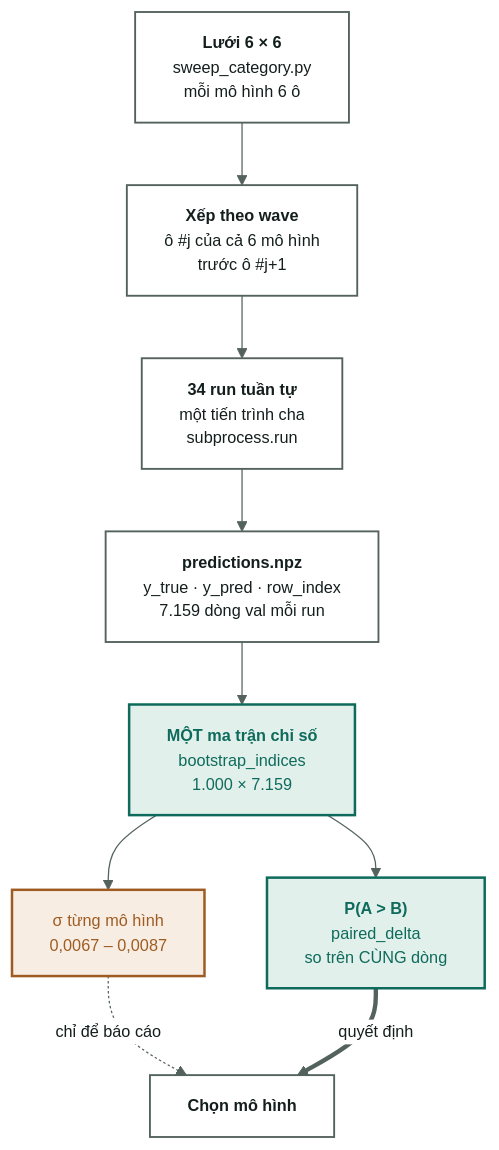
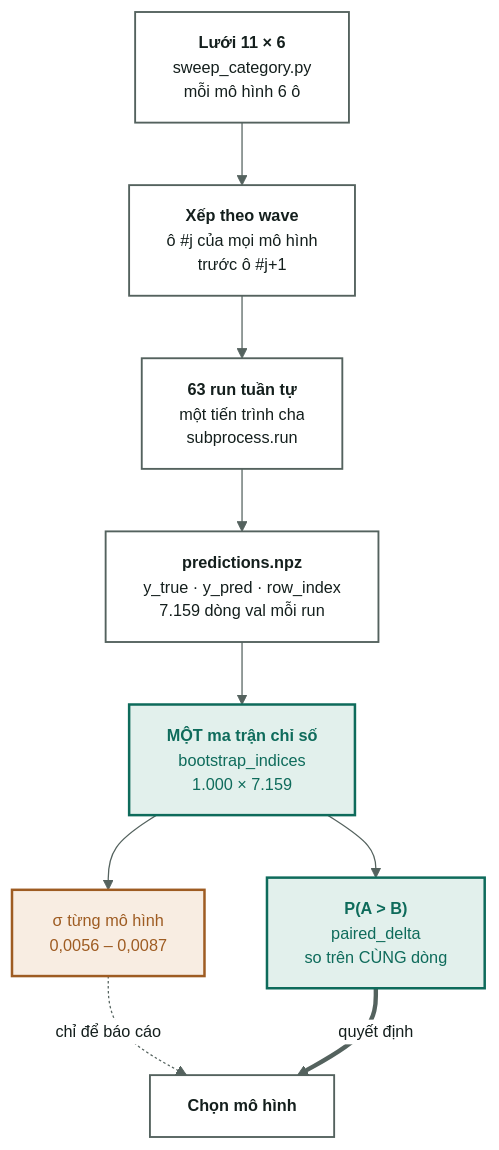
The diagram in docs/10-so-sanh-mo-hinh.md (boy2407/vietjobs), drawn with Mermaid before and after one commit. The commit also changed other lines of this file and 5 other files, not shown here.

````diff
--- a/docs/10-so-sanh-mo-hinh.md
+++ b/docs/10-so-sanh-mo-hinh.md
@@ -36,30 +41,30 @@
 ```mermaid
 %%{init:{'theme':'base','themeVariables':{
   'primaryColor':'#EFF3F1','primaryTextColor':'#141F1D','primaryBorderColor':'#54625E',
   'lineColor':'#54625E','fontSize':'13px','fontFamily':'Be Vietnam Pro, Segoe UI, sans-serif',
   'clusterBkg':'#FFFFFF','clusterBorder':'#C3CFCB','edgeLabelBackground':'#FFFFFF',
   'secondaryColor':'#FFFFFF','tertiaryColor':'#FFFFFF','mainBkg':'#FFFFFF',
   'nodeTextColor':'#141F1D','titleColor':'#141F1D'}}}%%
 flowchart TD
     classDef default fill:#FFFFFF,stroke:#54625E,stroke-width:1.5px,color:#141F1D
-    G["<b>Lưới 6 × 6</b><br/>sweep_category.py<br/>mỗi mô hình 6 ô"]
-    W["<b>Xếp theo wave</b><br/>ô #j của cả 6 mô hình<br/>trước ô #j+1"]
-    R["<b>34 run tuần tự</b><br/>một tiến trình cha<br/>subprocess.run"]
+    G["<b>Lưới 11 × 6</b><br/>sweep_category.py<br/>mỗi mô hình 6 ô"]
+    W["<b>Xếp theo wave</b><br/>ô #j của mọi mô hình<br/>trước ô #j+1"]
+    R["<b>63 run tuần tự</b><br/>một tiến trình cha<br/>subprocess.run"]
     P["<b>predictions.npz</b><br/>y_true · y_pred · row_index<br/>7.159 dòng val mỗi run"]
     I["<b>MỘT ma trận chỉ số</b><br/>bootstrap_indices<br/>1.000 × 7.159"]
-    S["σ từng mô hình<br/>0,0067 – 0,0087"]
+    SG["σ từng mô hình<br/>0,0056 – 0,0087"]
     D["<b>P(A > B)</b><br/>paired_delta<br/>so trên CÙNG dòng"]
-    C["<b>Chọn mô hình</b>"]
+    CH["<b>Chọn mô hình</b>"]
 
     G --> W --> R --> P
     P --> I
-    I --> S
+    I --> SG
     I --> D
-    S -.->|"chỉ để báo cáo"| C
-    D ==>|"quyết định"| C
+    SG -.->|"chỉ để báo cáo"| CH
+    D ==>|"quyết định"| CH
 
     classDef acc fill:#E2F0EC,stroke:#0E6B5B,stroke-width:2px,color:#0E6B5B
     classDef warn fill:#F8EDE2,stroke:#9E5C22,stroke-width:2px,color:#9E5C22
     class I,D acc
-    class S warn
+    class SG warn
 ```
````
